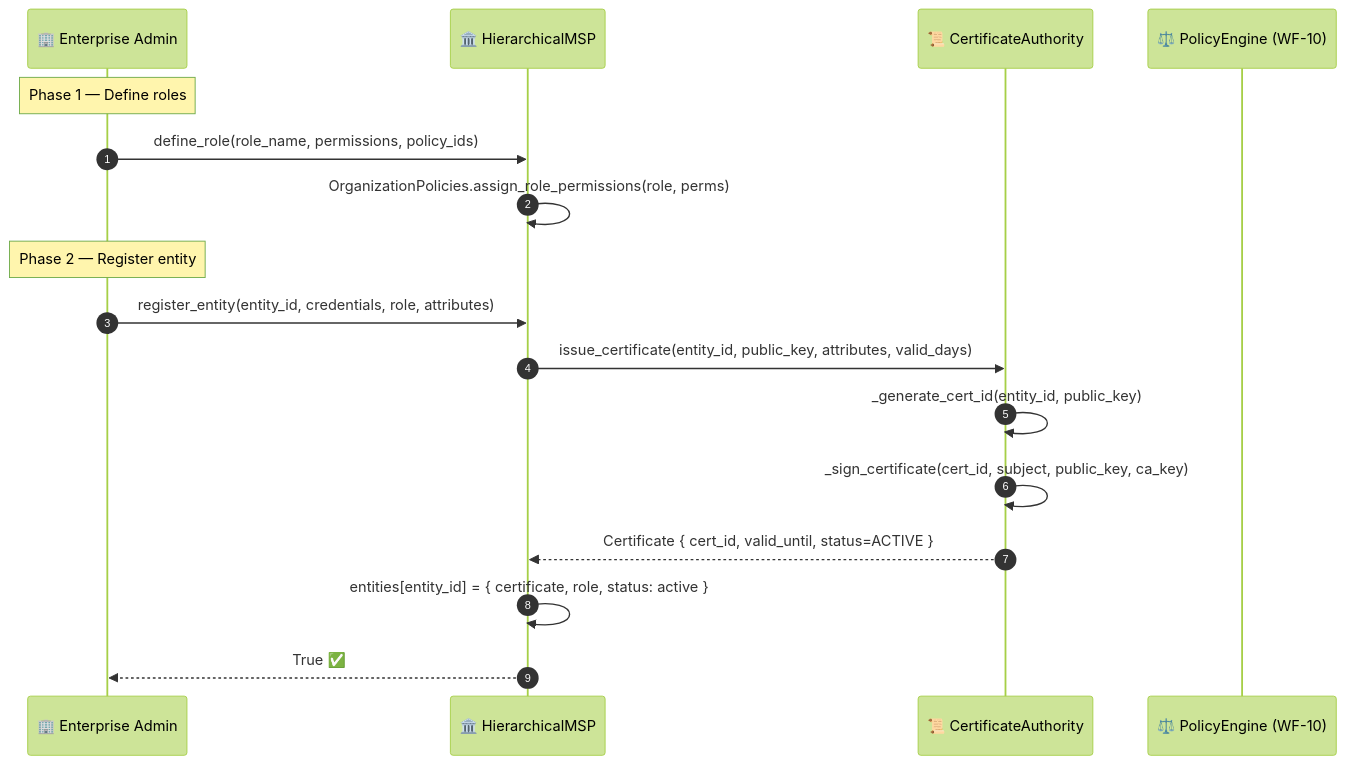
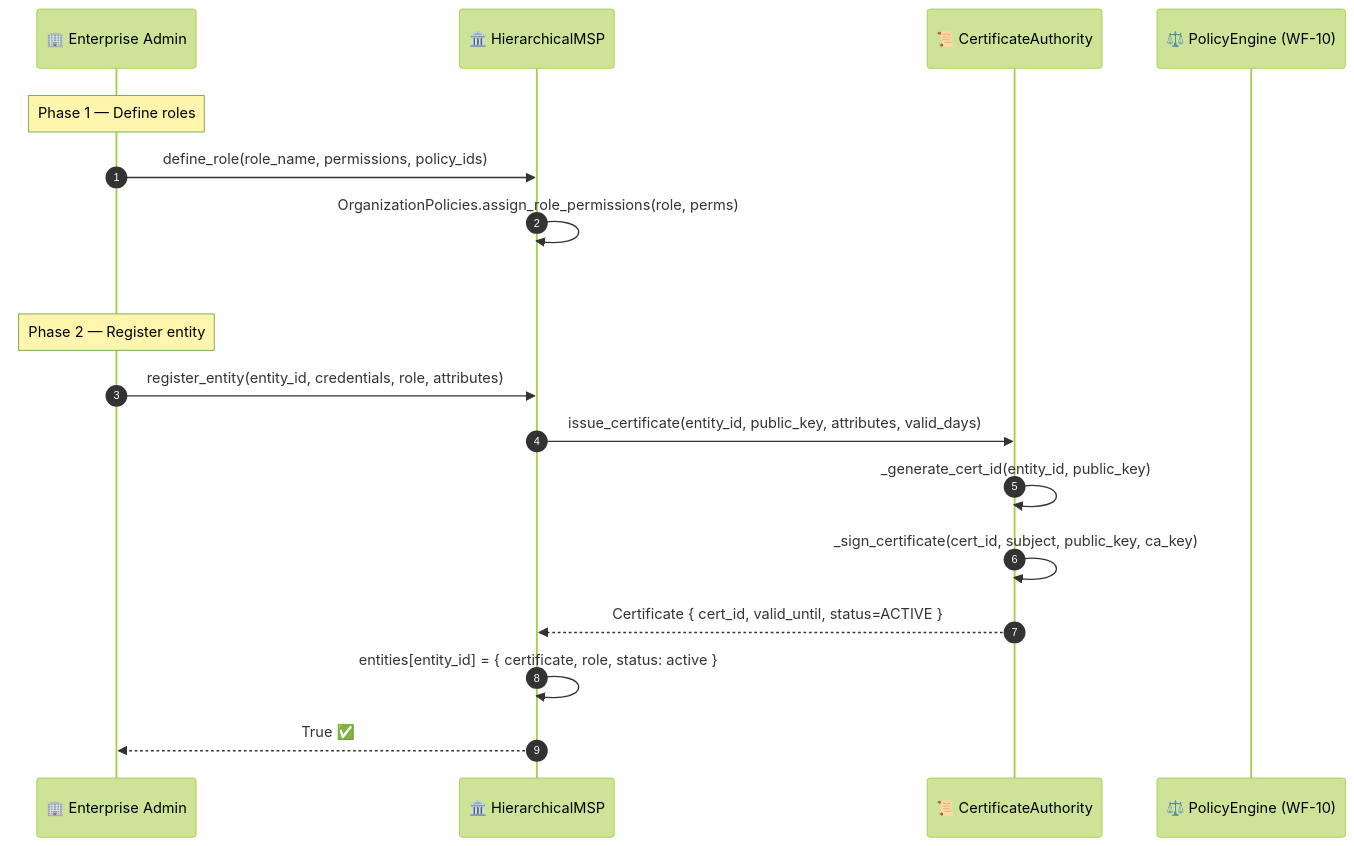
The first of 3 diagrams in docs/workflows/wf-15-msp-identity.md (VanDung-dev/HieraChain), drawn with Mermaid (forest theme) before and after one commit. The commit also changed other lines of this file and 7 other files, not shown here.

First line of the commit message:
docs(workflows): standardize sequence diagrams and remove hardcoded styling

````diff
--- a/docs/workflows/wf-15-msp-identity.md
+++ b/docs/workflows/wf-15-msp-identity.md
@@ -27,23 +27,27 @@
 ```mermaid
 sequenceDiagram
     autonumber
     participant Admin as 🏢 Enterprise Admin
     participant MSP as 🏛️ HierarchicalMSP
     participant CA as 📜 CertificateAuthority
     participant PE as ⚖️ PolicyEngine (WF-10)
 
-    Note over Admin: Phase 1 — Define roles
+    rect rgb(0, 0, 0, 0)
+        Note over Admin: Phase 1 — Define roles
 
-    Admin->>MSP: define_role(role_name, permissions, policy_ids)
-    MSP->>MSP: OrganizationPolicies.assign_role_permissions(role, perms)
+        Admin->>MSP: define_role(role_name, permissions, policy_ids)
+        MSP->>MSP: OrganizationPolicies.assign_role_permissions(role, perms)
+    end
 
-    Note over Admin: Phase 2 — Register entity
+    rect rgb(0, 0, 0, 0)
+        Note over Admin: Phase 2 — Register entity
 
-    Admin->>MSP: register_entity(entity_id, credentials, role, attributes)
-    MSP->>CA: issue_certificate(entity_id, public_key, attributes, valid_days)
-    CA->>CA: _generate_cert_id(entity_id, public_key)
-    CA->>CA: _sign_certificate(cert_id, subject, public_key, ca_key)
-    CA-->>MSP: Certificate { cert_id, valid_until, status=ACTIVE }
-    MSP->>MSP: entities[entity_id] = { certificate, role, status: active }
-    MSP-->>Admin: True ✅
+        Admin->>MSP: register_entity(entity_id, credentials, role, attributes)
+        MSP->>CA: issue_certificate(entity_id, public_key, attributes, valid_days)
+        CA->>CA: _generate_cert_id(entity_id, public_key)
+        CA->>CA: _sign_certificate(cert_id, subject, public_key, ca_key)
+        CA-->>MSP: Certificate { cert_id, valid_until, status=ACTIVE }
+        MSP->>MSP: entities[entity_id] = { certificate, role, status: active }
+        MSP-->>Admin: True ✅
+    end
 ```
````
